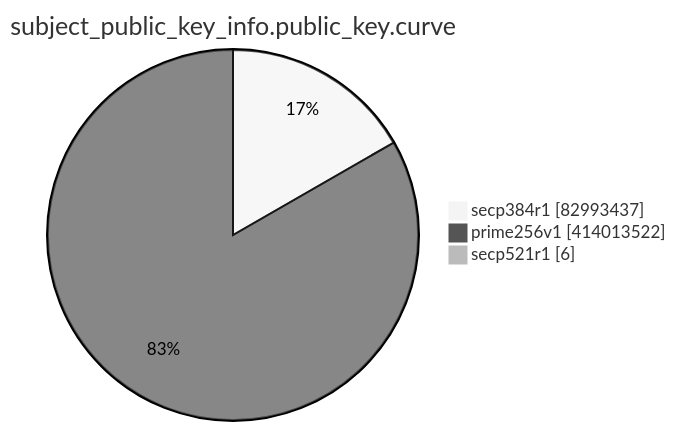
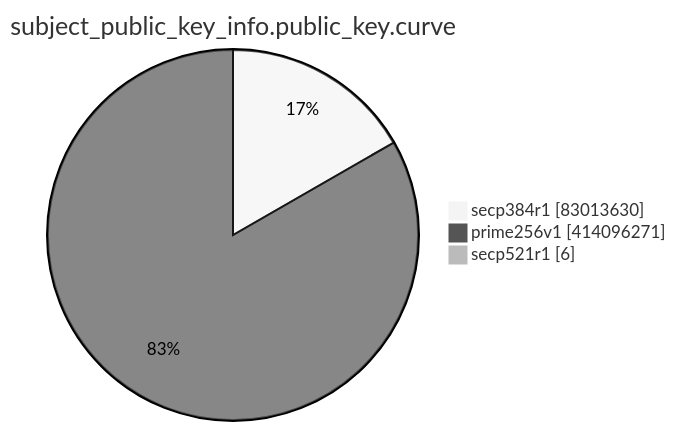
The eighth of 15 diagrams in TOTAL/README.md (christiankrug/ctmonitor_visualization), drawn with Mermaid (neutral theme) before and after one commit. The commit also changed other lines of this file, not shown here.

````diff
--- a/TOTAL/README.md
+++ b/TOTAL/README.md
@@ -3098,7 +3098,7 @@
 ```mermaid
 pie showData
 title subject_public_key_info.public_key.curve
-"secp384r1" :82993437
-"prime256v1" :414013522
+"secp384r1" :83013630
+"prime256v1" :414096271
 "secp521r1" :6
 ```
````
